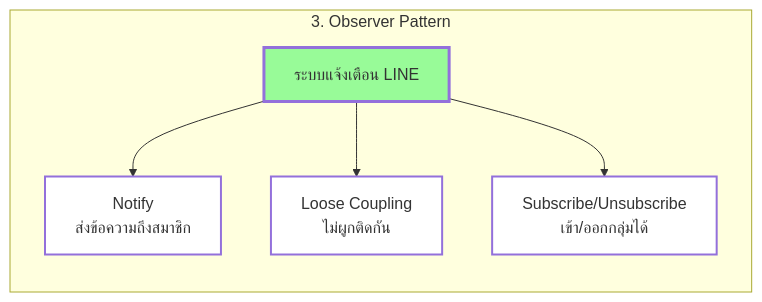
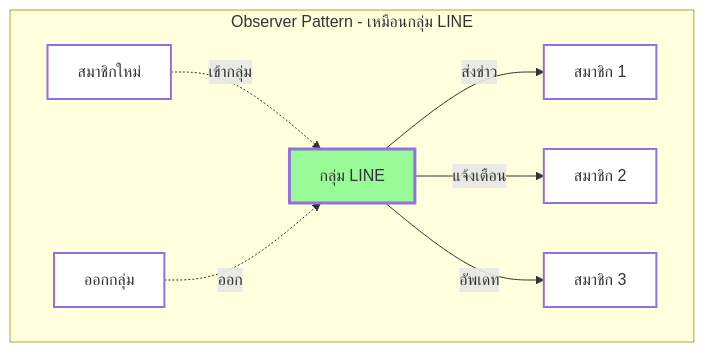
Diagram 23 of 30 in Week07-ESP-Components.md (thepthut/Lab-07-ESP32-Components), drawn with Mermaid before and after one commit. The commit also changed other lines of this file, not shown here.

Commit message:
Enhance Week 07 documentation by adding detailed explanations and flowcharts for common Component design patterns, including Singleton, Factory, Observer, and Strategy patterns.

````diff
--- a/Week07-ESP-Components.md
+++ b/Week07-ESP-Components.md
@@ -756,17 +756,16 @@
 ```mermaid
-graph TB
-    subgraph "3. Observer Pattern"
-        direction TB
-        C["ระบบแจ้งเตือน LINE"] --> C1["Notify
-        ส่งข้อความถึงสมาชิก"]
-        C --> C2["Loose Coupling
-        ไม่ผูกติดกัน"]
-        C --> C3["Subscribe/Unsubscribe
-        เข้า/ออกกลุ่มได้"]
-        
-        style C fill:#98FB98,stroke-width:3px
-        style C1 fill:#fff,stroke-width:2px
-        style C2 fill:#fff,stroke-width:2px
-        style C3 fill:#fff,stroke-width:2px
+flowchart TD
+    subgraph Observer[Observer Pattern - เหมือนกลุ่ม LINE]
+        L[กลุ่ม LINE] --> |ส่งข่าว| M1[สมาชิก 1]
+        L --> |แจ้งเตือน| M2[สมาชิก 2]
+        L --> |อัพเดท| M3[สมาชิก 3]
+        M4[สมาชิกใหม่] -.-> |เข้ากลุ่ม| L
+        M5[ออกกลุ่ม] -.-> |ออก| L
     end
+    style L  fill:#98FB98,stroke-width:3px
+    style M1 fill:#fff,stroke-width:2px
+    style M2 fill:#fff,stroke-width:2px
+    style M3 fill:#fff,stroke-width:2px
+    style M4 fill:#fff,stroke-width:2px
+    style M5 fill:#fff,stroke-width:2px
 ```
````
